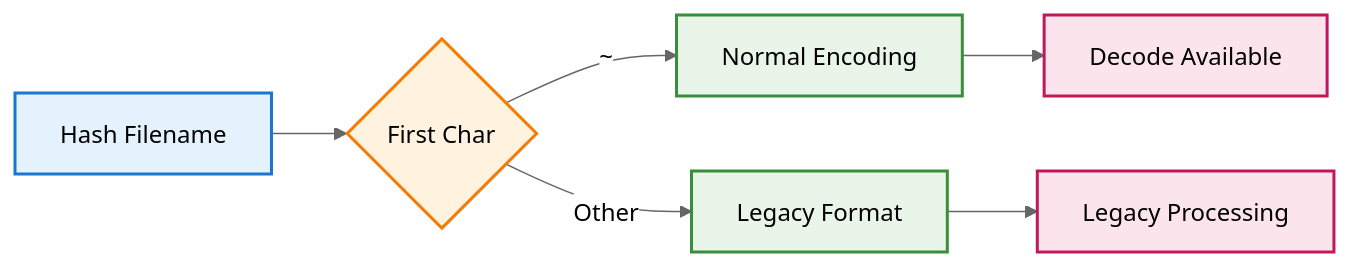
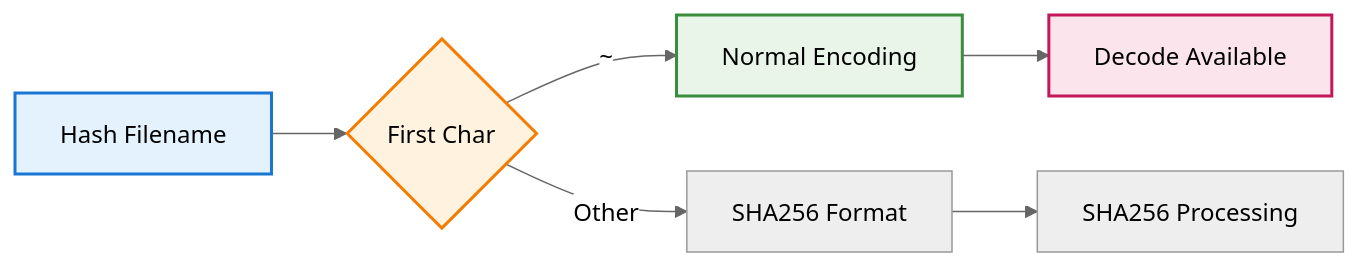
One commit to isseis/go-safe-cmd-runner changed the fourth of 5 diagrams in docs/tasks/0023_hybrid_hash_filename_encoding/02_architecture.md. Above: the diagram before and after it, drawn with Mermaid (neutral theme). The commit also changed other lines of this file and 3 other files, not shown here.

````diff
--- a/docs/tasks/0023_hybrid_hash_filename_encoding/02_architecture.md
+++ b/docs/tasks/0023_hybrid_hash_filename_encoding/02_architecture.md
@@ -295,23 +294,23 @@
 ```mermaid
 flowchart LR
     FILE[Hash Filename] --> CHECK{First Char}
 
     CHECK -->|"`~`"| NORMAL[Normal Encoding]
-    CHECK -->|Other| LEGACY[Legacy Format]
+    CHECK -->|Other| SHA256_FORMAT[SHA256 Format]
 
     NORMAL --> DECODE_N[Decode Available]
-    LEGACY --> DECODE_L[Legacy Processing]
+    SHA256_FORMAT --> DECODE_S[SHA256 Processing]
 
     classDef inputNode fill:#e3f2fd,stroke:#1976d2,stroke-width:2px
     classDef decisionNode fill:#fff3e0,stroke:#f57c00,stroke-width:2px
     classDef formatNode fill:#e8f5e8,stroke:#388e3c,stroke-width:2px
     classDef resultNode fill:#fce4ec,stroke:#c2185b,stroke-width:2px
 
     class FILE inputNode
     class CHECK decisionNode
     class NORMAL formatNode
     class LEGACY formatNode
     class DECODE_N resultNode
     class DECODE_F resultNode
     class DECODE_L resultNode
 ```
````
